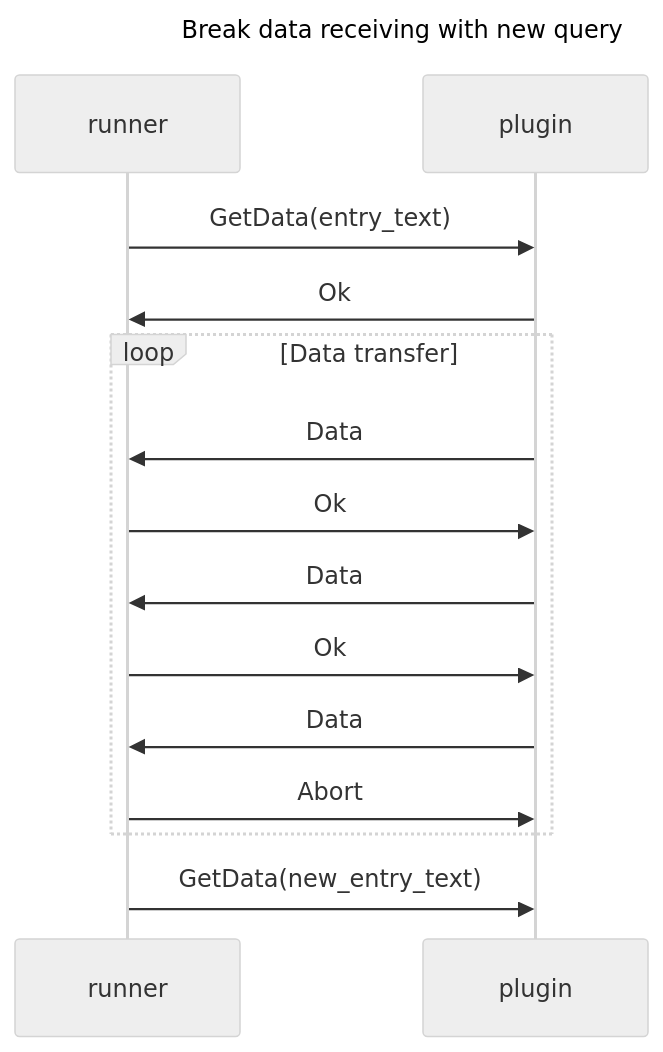
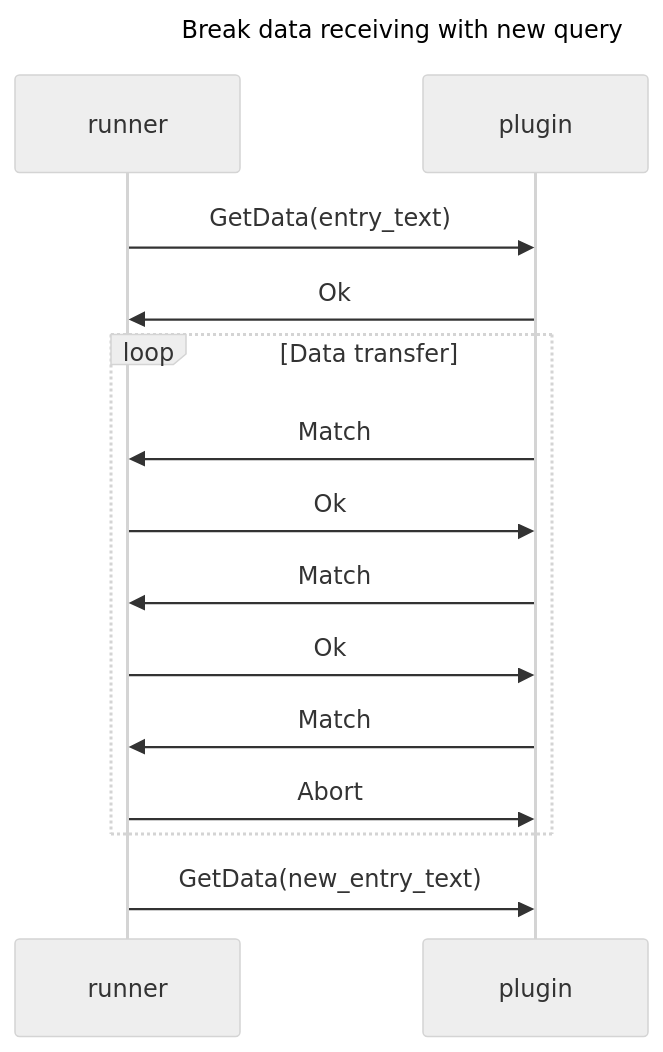
One commit to bzglve/unirun changed the second of 3 diagrams in NOTES.md. Above: the diagram before and after it, drawn with Mermaid (neutral theme). The commit also changed other lines of this file and 6 other files, not shown here.

````diff
--- a/NOTES.md
+++ b/NOTES.md
@@ -27,18 +26,18 @@
 ```mermaid
 sequenceDiagram
     title Break data receiving with new query
     participant runner
     participant plugin
 
     runner ->> plugin: GetData(entry_text)
     plugin ->> runner: Ok
     loop Data transfer
-        plugin ->> runner: Data
+        plugin ->> runner: Match
         runner ->> plugin: Ok
-        plugin ->> runner: Data
+        plugin ->> runner: Match
         runner ->> plugin: Ok
-        plugin ->> runner: Data
+        plugin ->> runner: Match
         runner ->> plugin: Abort
     end
     runner ->> plugin: GetData(new_entry_text)
 ```
````
